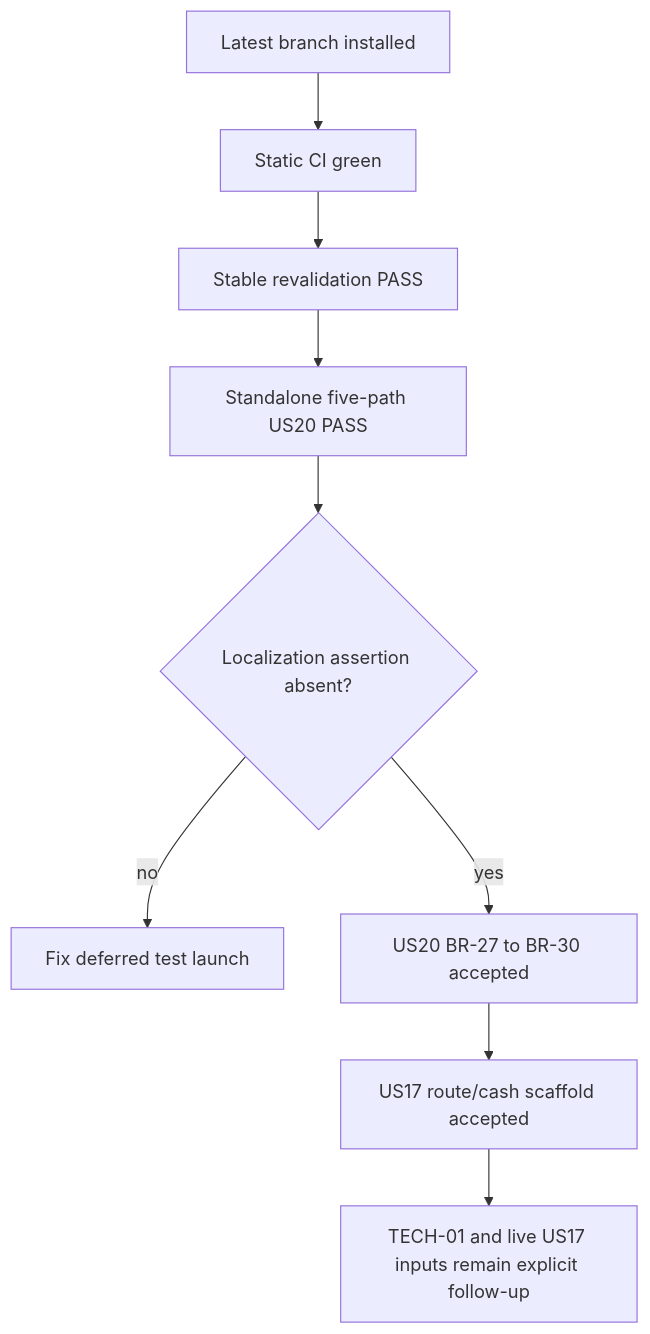
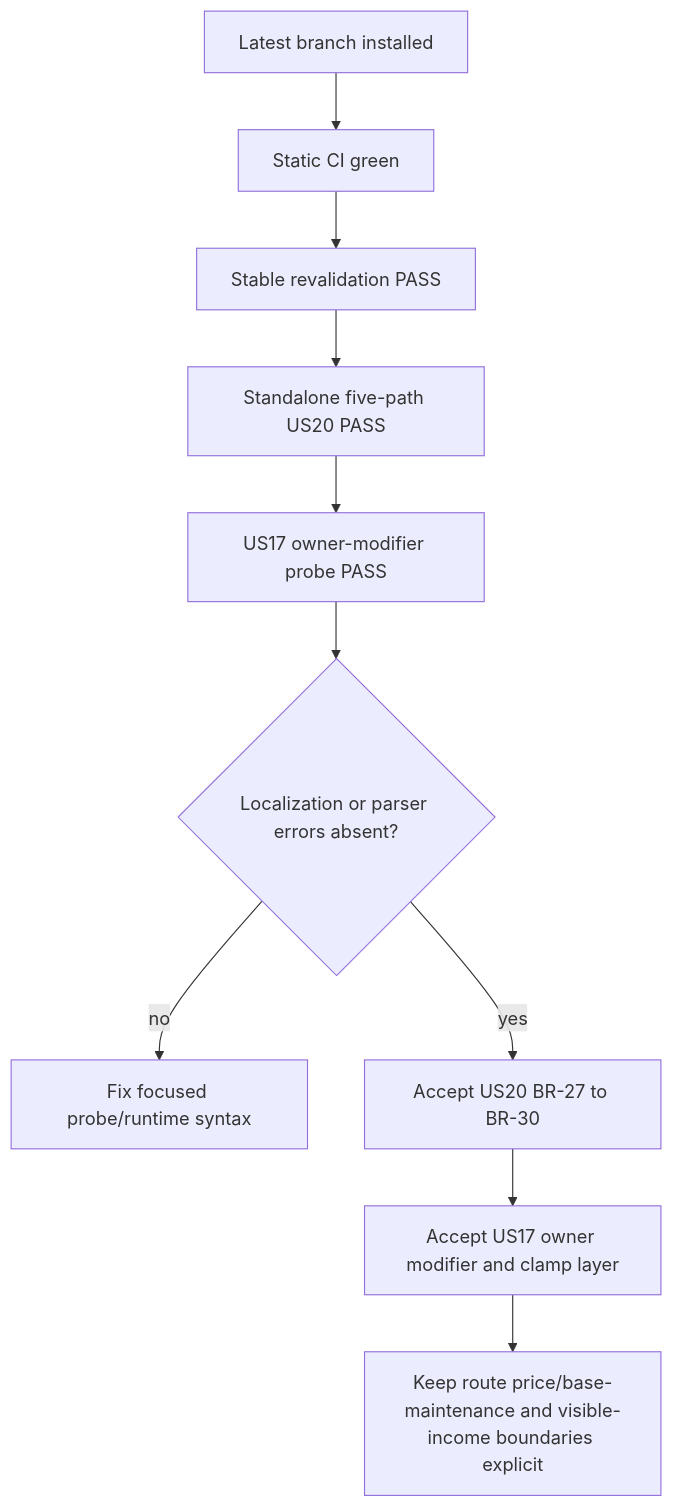
The seventh of 7 diagrams in docs/audits/pr107/Q5_workflow_state.md (eu5mod/eu5-no-void-economy), drawn with Mermaid before and after one commit. The commit also changed other lines of this file and 8 other files, not shown here.

````diff
--- a/docs/audits/pr107/Q5_workflow_state.md
+++ b/docs/audits/pr107/Q5_workflow_state.md
@@ -294,11 +344,12 @@
 ```mermaid
 flowchart TD
     A[Latest branch installed] --> B[Static CI green]
     B --> C[Stable revalidation PASS]
     C --> D[Standalone five-path US20 PASS]
-    D --> E{Localization assertion absent?}
-    E -- no --> F[Fix deferred test launch]
-    E -- yes --> G[US20 BR-27 to BR-30 accepted]
-    G --> H[US17 route/cash scaffold accepted]
-    H --> I[TECH-01 and live US17 inputs remain explicit follow-up]
+    D --> E[US17 owner-modifier probe PASS]
+    E --> F{Localization or parser errors absent?}
+    F -- no --> G[Fix focused probe/runtime syntax]
+    F -- yes --> H[Accept US20 BR-27 to BR-30]
+    H --> I[Accept US17 owner modifier and clamp layer]
+    I --> J[Keep route price/base-maintenance and visible-income boundaries explicit]
 ```
````
